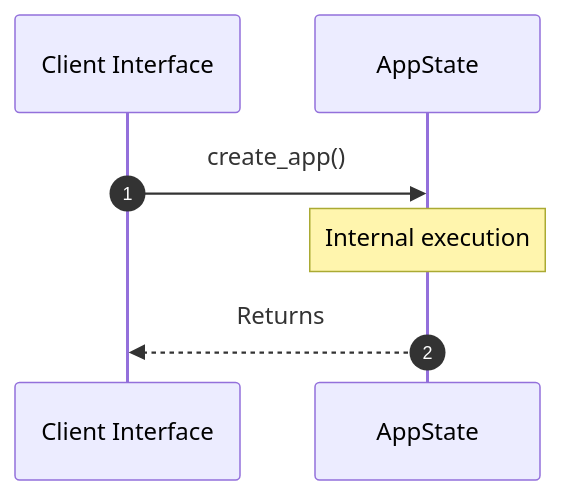
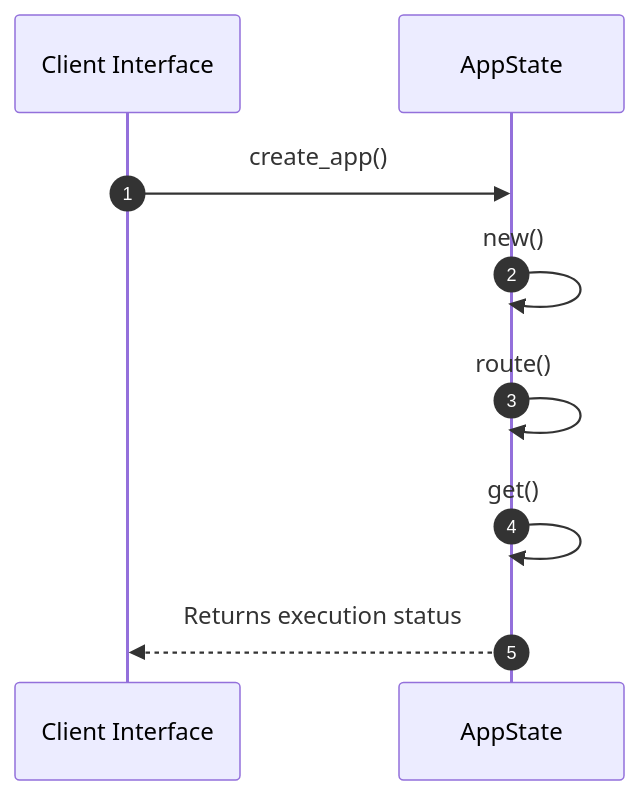
The second of 2 diagrams in openwiki/src/interface/http/routes.md (lgcorzo/fastapi-autogen-team), drawn with Mermaid before and after one commit. The commit also changed other lines of this file and 22 other files, not shown here.

````diff
--- a/openwiki/src/interface/http/routes.md
+++ b/openwiki/src/interface/http/routes.md
@@ -44,9 +45,11 @@
 ```mermaid
 sequenceDiagram
     autonumber
     participant Caller as Client Interface
     participant Svc as AppState
     Caller->>Svc: create_app()
-    Note over Svc: Internal execution
-    Svc-->>Caller: Returns
+    Svc->>Svc: new()
+    Svc->>Svc: route()
+    Svc->>Svc: get()
+    Svc-->>Caller: Returns execution status
 ```
````
